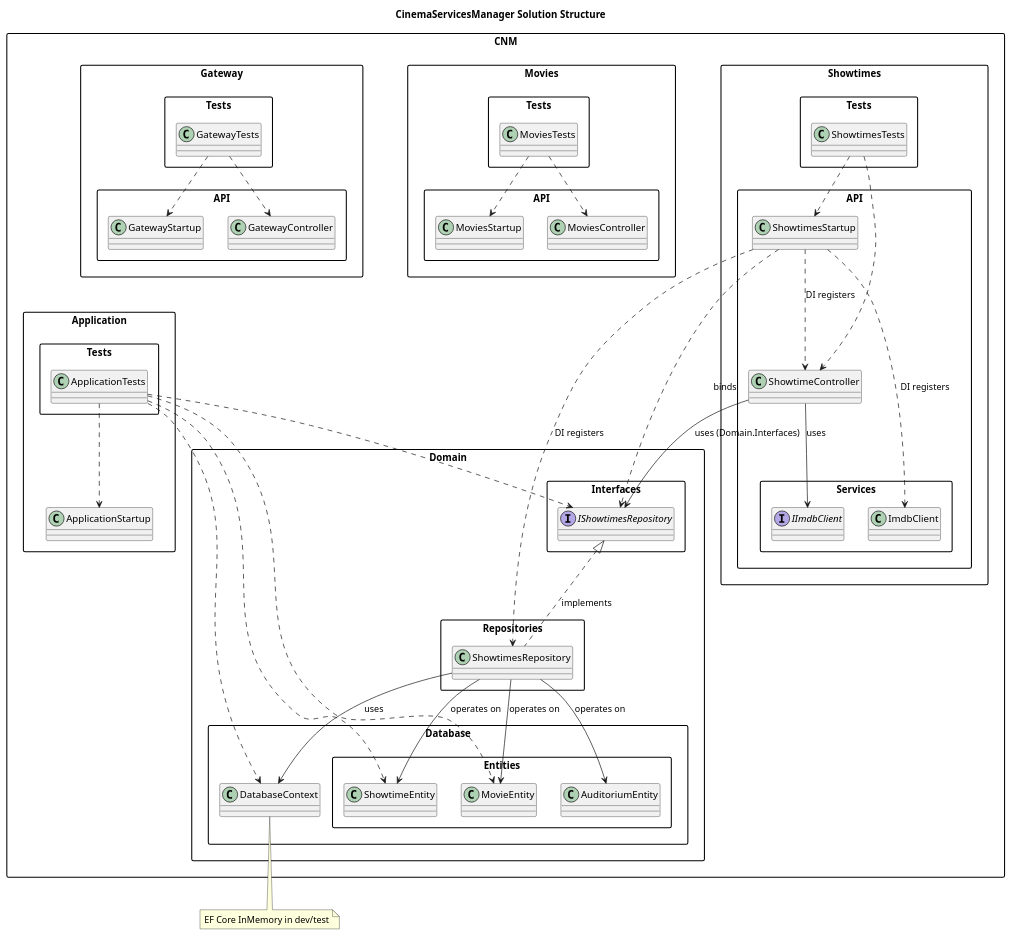
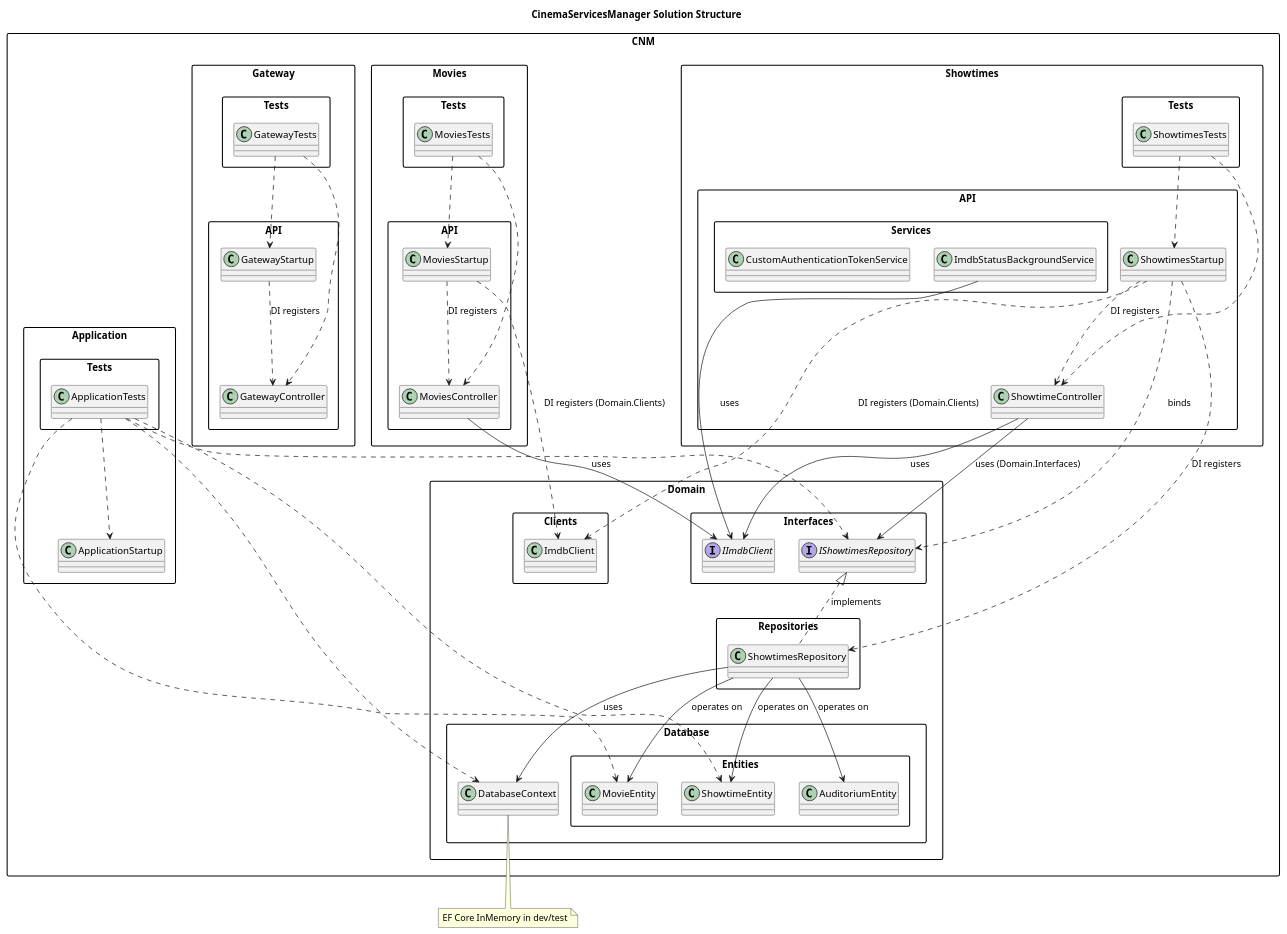
The diagram in SolutionStructure.puml (DenisKovalyonokSamples/CinemaServicesManager), drawn with PlantUML before and after one commit. The commit also changed 2 other files, not shown here.

```diff
--- a/SolutionStructure.puml
+++ b/SolutionStructure.puml
@@ -1,95 +1,109 @@
 @startuml
 skinparam packageStyle rectangle
 skinparam shadowing false
 
 title CinemaServicesManager Solution Structure
 
 package "CNM.Domain" {
   package "Database" {
     class DatabaseContext
     package "Entities" {
       class ShowtimeEntity
       class MovieEntity
       class AuditoriumEntity
     }
   }
   package "Interfaces" {
     interface IShowtimesRepository
+    interface IImdbClient
   }
   package "Repositories" {
     class ShowtimesRepository
   }
+  package "Clients" {
+    class ImdbClient
+  }
 }
 
 package "CNM.Showtimes.API" {
-  class ShowtimesStartup
-  class ShowtimeController
-  package "Services" {
-    interface IImdbClient
-    class ImdbClient
+    class ShowtimesStartup
+    class ShowtimeController
+    package "Services" {
+    class ImdbStatusBackgroundService
+    class CustomAuthenticationTokenService
   }
 }
 
 package "CNM.Movies.API" {
   class MoviesStartup
   class MoviesController
 }
 
 package "CNM.Gateway.API" {
   class GatewayStartup
   class GatewayController
 }
 
 package "CNM.Application" {
   class ApplicationStartup
 }
 
 package "CNM.Application.Tests" {
   class ApplicationTests
 }
 
 package "CNM.Showtimes.Tests" {
   class ShowtimesTests
 }
 
 package "CNM.Movies.Tests" {
   class MoviesTests
 }
 
 package "CNM.Gateway.Tests" {
   class GatewayTests
 }
 
+package "CNM.Gateway.Tests" {
+  class GatewayTests
+}
+
 ShowtimeController --> IImdbClient : uses
 ShowtimeController --> IShowtimesRepository : uses (Domain.Interfaces)
 ShowtimesRepository --> DatabaseContext : uses
 ShowtimesRepository --> ShowtimeEntity : operates on
 ShowtimesRepository --> MovieEntity : operates on
 ShowtimesRepository --> AuditoriumEntity : operates on
 IShowtimesRepository <|.. ShowtimesRepository : implements
+ImdbStatusBackgroundService --> IImdbClient : uses
+
+MoviesController --> IImdbClient : uses
+MoviesStartup ..> MoviesController : DI registers
+MoviesStartup ..> ImdbClient : DI registers (Domain.Clients)
 
 ShowtimesStartup ..> ShowtimeController : DI registers
-ShowtimesStartup ..> ImdbClient : DI registers
+ShowtimesStartup ..> ImdbClient : DI registers (Domain.Clients)
 ShowtimesStartup ..> ShowtimesRepository : DI registers
 ShowtimesStartup ..> IShowtimesRepository : binds
 
 ApplicationTests ..> ApplicationStartup
 ApplicationTests ..> DatabaseContext
 ApplicationTests ..> IShowtimesRepository
 ApplicationTests ..> ShowtimeEntity
 ApplicationTests ..> MovieEntity
 
 ShowtimesTests ..> ShowtimesStartup
 ShowtimesTests ..> ShowtimeController
 
 MoviesTests ..> MoviesController
 MoviesTests ..> MoviesStartup
 
 GatewayTests ..> GatewayController
 GatewayTests ..> GatewayStartup
+GatewayStartup ..> GatewayController : DI registers
 
 note bottom of DatabaseContext
 EF Core InMemory in dev/test
 end note
 
 @enduml
```
